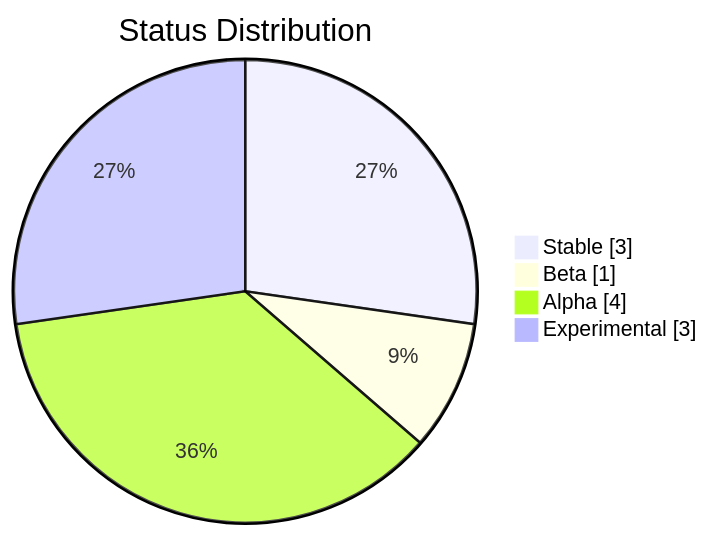
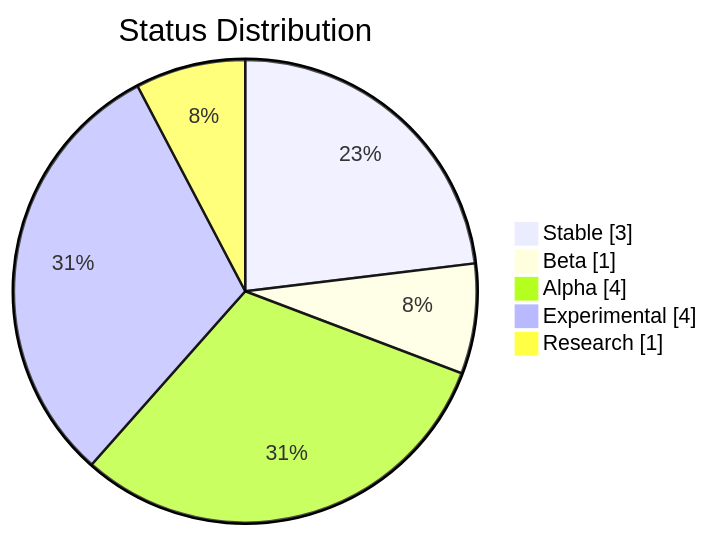
Before and after one commit to kleinnner/Anticloud: the third of 4 diagrams in wiki-content/Projects.md, drawn with Mermaid. The commit also changed other lines of this file and 10 other files, not shown here.

````diff
--- a/wiki-content/Projects.md
+++ b/wiki-content/Projects.md
@@ -55,8 +61,9 @@
 ```mermaid
 pie showData
     title Status Distribution
     "Stable" : 3
     "Beta" : 1
     "Alpha" : 4
-    "Experimental" : 3
+    "Experimental" : 4
+    "Research" : 1
 ```
````
